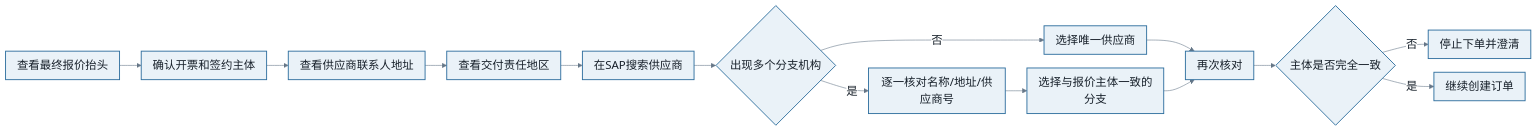
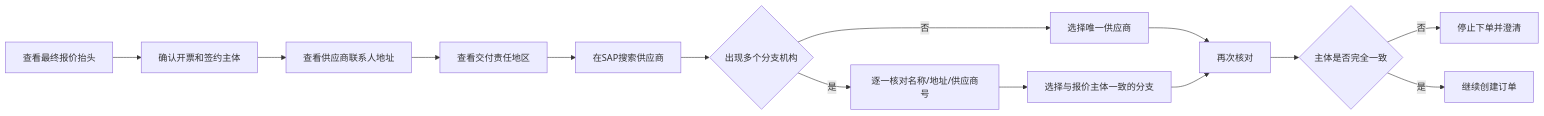
Diagram 19 of 56 in README.md (giengenbw/chassisprocess), drawn with Mermaid before and after one commit. The commit also changed other lines of this file, not shown here.

````diff
--- a/README.md
+++ b/README.md
@@ -641,21 +558,16 @@
 ```mermaid
-%%{init: {'theme':'base','flowchart':{'curve':'basis','nodeSpacing':24,'rankSpacing':38,'padding':10,'htmlLabels':true,'useMaxWidth':true},'themeVariables':{'fontFamily':'Microsoft YaHei, Noto Sans SC, Arial, sans-serif','fontSize':'20px','primaryColor':'#EAF2F8','primaryTextColor':'#17202A','primaryBorderColor':'#2E6E9E','lineColor':'#667788','secondaryColor':'#FFF4D6','tertiaryColor':'#E8F6F3','edgeLabelBackground':'#FFFFFF'}}}%%
-flowchart LR
+graph LR
     A["查看最终报价抬头"] --> B["确认开票和签约主体"]
     B --> C["查看供应商联系人地址"]
     C --> D["查看交付责任地区"]
     D --> E["在SAP搜索供应商"]
     E --> F{"出现多个分支机构"}
-    F -->|是| G["逐一核对名称/地址/供应商号"]
-    F -->|否| H["选择唯一供应商"]
+    F -- 是 --> G["逐一核对名称/地址/供应商号"]
+    F -- 否 --> H["选择唯一供应商"]
     G --> I["选择与报价主体一致的分支"]
     H --> J["再次核对"]
     I --> J
     J --> K{"主体是否完全一致"}
-    K -->|否| L["停止下单并澄清"]
-    K -->|是| M["继续创建订单"]
-    classDef default fill:#EAF2F8,stroke:#2E6E9E,stroke-width:1.6px,color:#17202A,font-size:20px;
-    classDef decision fill:#FFF4D6,stroke:#B8860B,stroke-width:2px,color:#4A3A00,font-size:20px;
-    classDef exception fill:#FCE8E6,stroke:#B3261E,stroke-width:2px,color:#6A1B16,font-size:20px;
-    classDef outcome fill:#E8F6F3,stroke:#16836B,stroke-width:2px,color:#0B5345,font-size:20px;
+    K -- 否 --> L["停止下单并澄清"]
+    K -- 是 --> M["继续创建订单"]
 ```
````
